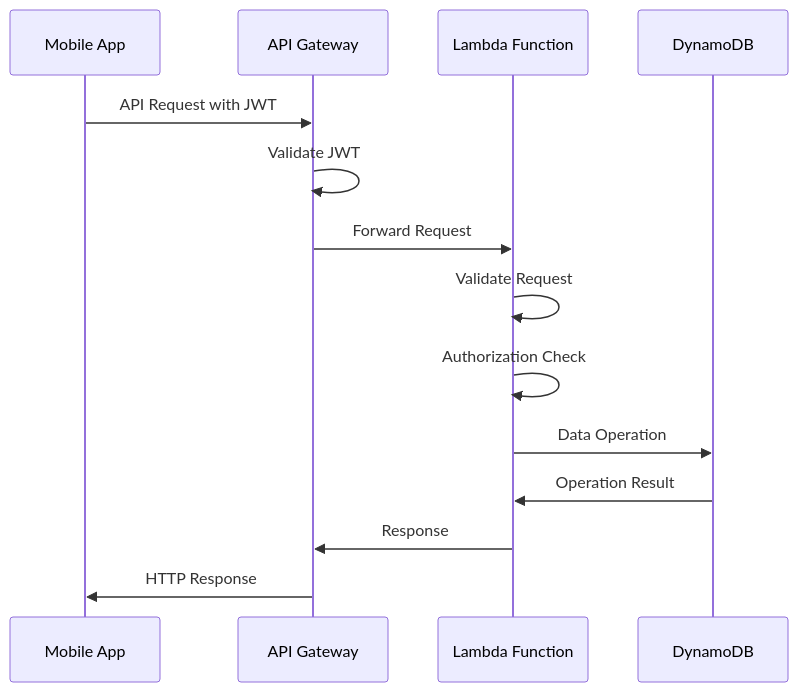
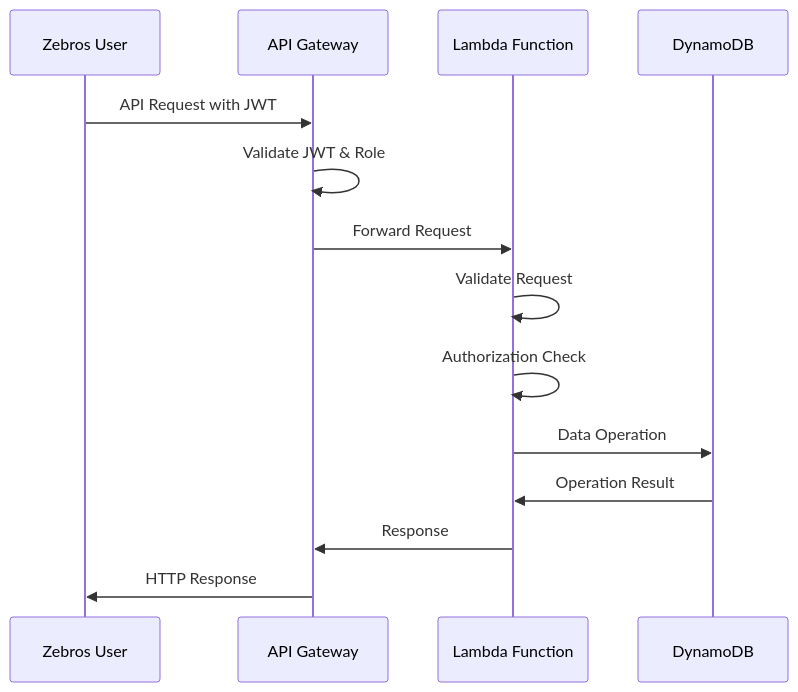
Before and after one commit to philkunz/fargate: the fourth of 9 diagrams in architecture/api.md, drawn with Mermaid. The commit also changed other lines of this file and 11 other files, not shown here.

Commit message:
feat(documentation): Revamp Zebros CRM serverless architecture documentation with updated diagrams, expanded API, authentication, long-running tasks, data storage, and scaling details

````diff
--- a/architecture/api.md
+++ b/architecture/api.md
@@ -64,17 +97,17 @@
 ```mermaid
 sequenceDiagram
-    participant Client as Mobile App
+    participant Client as Zebros User
     participant Gateway as API Gateway
     participant Lambda as Lambda Function
     participant DB as DynamoDB
     
     Client->>Gateway: API Request with JWT
-    Gateway->>Gateway: Validate JWT
+    Gateway->>Gateway: Validate JWT & Role
     Gateway->>Lambda: Forward Request
     Lambda->>Lambda: Validate Request
     Lambda->>Lambda: Authorization Check
     Lambda->>DB: Data Operation
     DB->>Lambda: Operation Result
     Lambda->>Gateway: Response
     Gateway->>Client: HTTP Response
 ```
````
